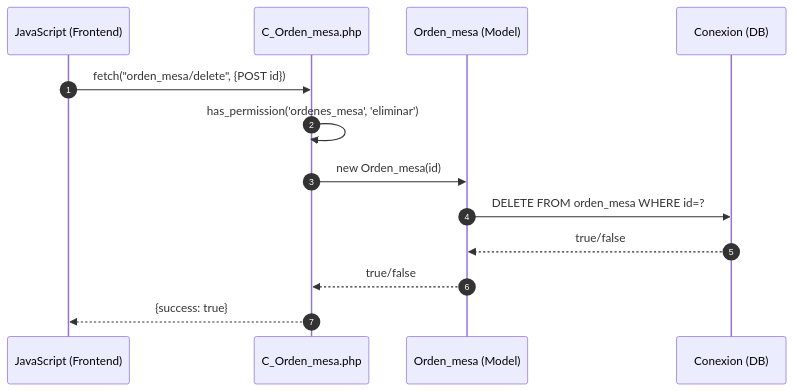
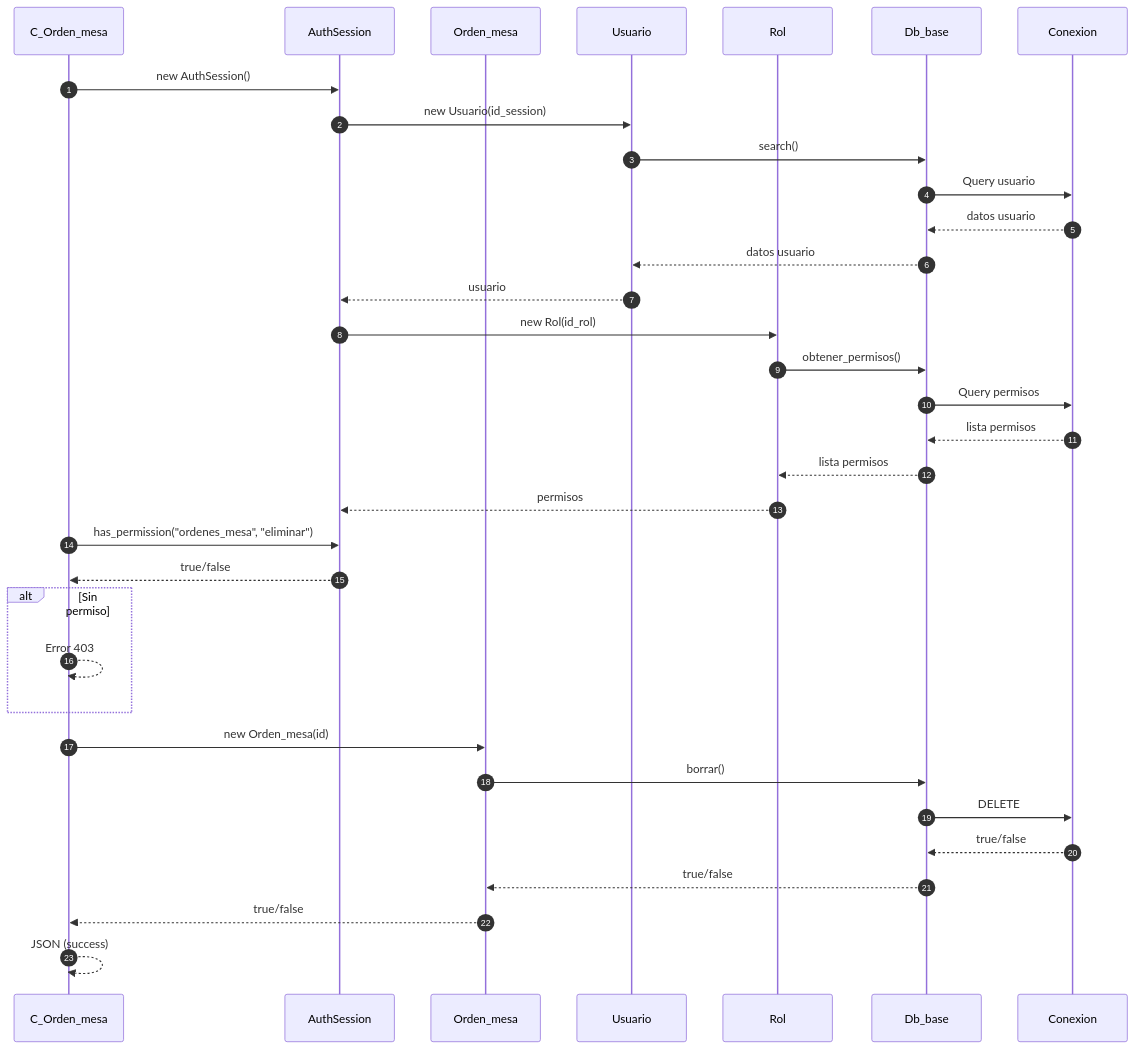
The fifth of 5 diagrams in docs/secuencia/mesas/mesas.md (Tecrato/BurgerHouse), drawn with Mermaid before and after one commit. The commit also changed other lines of this file and 13 other files, not shown here.

First line of the commit message:
diagramas actualizaos

````diff
--- a/docs/secuencia/mesas/mesas.md
+++ b/docs/secuencia/mesas/mesas.md
@@ -114,19 +195,42 @@
 ```mermaid
 sequenceDiagram
     autonumber
-    participant JS as JavaScript (Frontend)
-    participant C_Orden_mesa as C_Orden_mesa.php
-    participant Orden_mesa as Orden_mesa (Model)
-    participant DB as Conexion (DB)
+    participant C_Orden_mesa as C_Orden_mesa
+    participant AuthSession as AuthSession
+    participant Orden_mesa as Orden_mesa
+    participant Usuario as Usuario
+    participant Rol as Rol
+    participant Db_base as Db_base
+    participant Conexion as Conexion
     
-    JS->>C_Orden_mesa: fetch("orden_mesa/delete", {POST id})
+    C_Orden_mesa->>AuthSession: new AuthSession()
+    AuthSession->>Usuario: new Usuario(id_session)
+    Usuario->>Db_base: search()
+    Db_base->>Conexion: Query usuario
+    Conexion-->>Db_base: datos usuario
+    Db_base-->>Usuario: datos usuario
+    Usuario-->>AuthSession: usuario
     
-    C_Orden_mesa->>C_Orden_mesa: has_permission('ordenes_mesa', 'eliminar')
+    AuthSession->>Rol: new Rol(id_rol)
+    Rol->>Db_base: obtener_permisos()
+    Db_base->>Conexion: Query permisos
+    Conexion-->>Db_base: lista permisos
+    Db_base-->>Rol: lista permisos
+    Rol-->>AuthSession: permisos
+    
+    C_Orden_mesa->>AuthSession: has_permission("ordenes_mesa", "eliminar")
+    AuthSession-->>C_Orden_mesa: true/false
+    
+    alt Sin permiso
+        C_Orden_mesa-->>C_Orden_mesa: Error 403
+    end
     
     C_Orden_mesa->>Orden_mesa: new Orden_mesa(id)
-    Orden_mesa->>DB: DELETE FROM orden_mesa WHERE id=?
-    DB-->>Orden_mesa: true/false
+    Orden_mesa->>Db_base: borrar()
+    Db_base->>Conexion: DELETE
+    Conexion-->>Db_base: true/false
+    Db_base-->>Orden_mesa: true/false
     Orden_mesa-->>C_Orden_mesa: true/false
     
-    C_Orden_mesa-->>JS: {success: true}
+    C_Orden_mesa-->>C_Orden_mesa: JSON (success)
 ```
````
